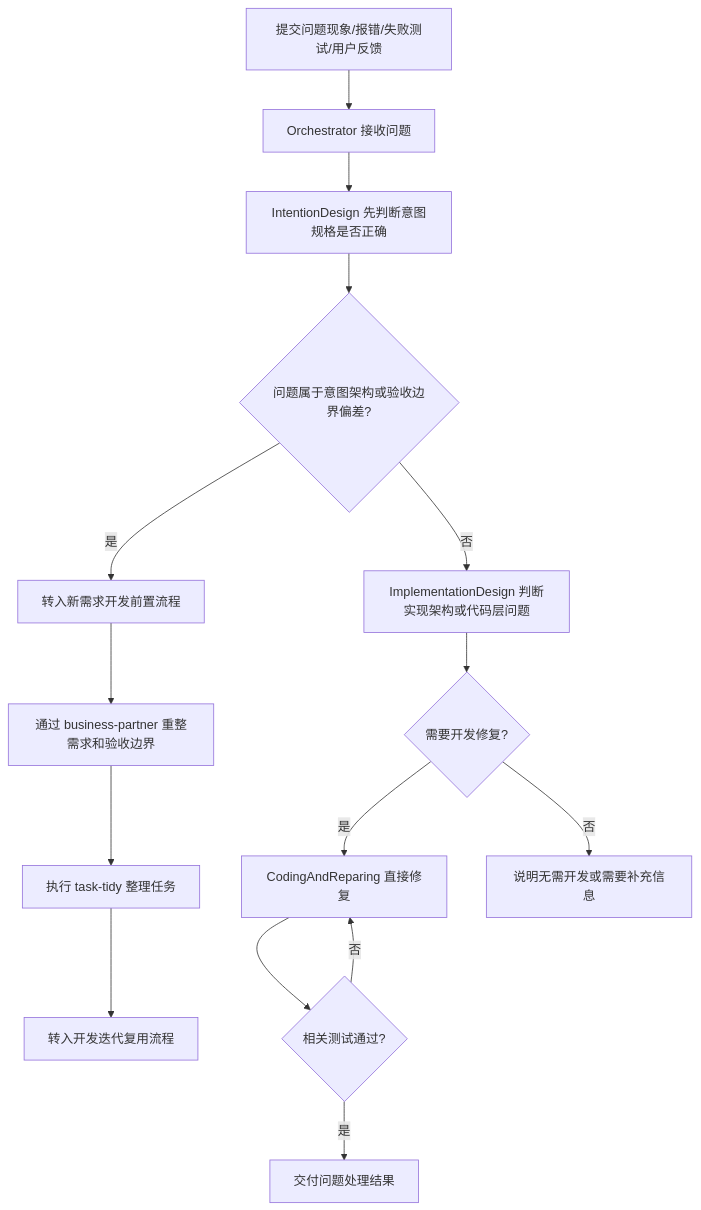
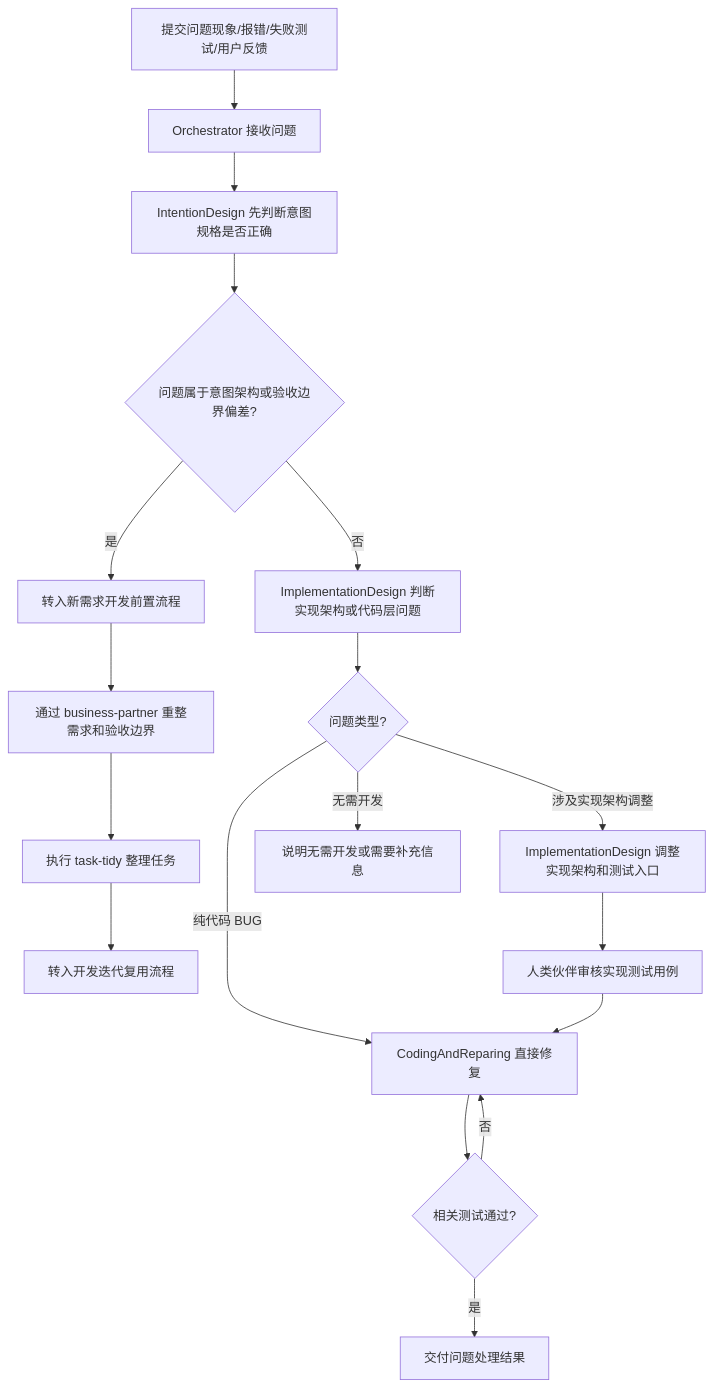
The third of 5 diagrams in README.md (derekhu0002/Argo), drawn with Mermaid before and after one commit. The commit also changed other lines of this file, not shown here.

````diff
--- a/README.md
+++ b/README.md
@@ -104,17 +104,20 @@
 ```mermaid
 flowchart TD
     A[提交问题现象/报错/失败测试/用户反馈] --> B[Orchestrator 接收问题]
     B --> C[IntentionDesign 先判断意图规格是否正确]
     C --> D{问题属于意图架构或验收边界偏差?}
     D -- 是 --> E[转入新需求开发前置流程]
     E --> F[通过 business-partner 重整需求和验收边界]
     F --> G[执行 task-tidy 整理任务]
     G --> P[转入开发迭代复用流程]
     D -- 否 --> H[ImplementationDesign 判断实现架构或代码层问题]
-    H --> I{需要开发修复?}
-    I -- 是 --> J[CodingAndReparing 直接修复]
-    J --> K{相关测试通过?}
-    K -- 否 --> J
-    K -- 是 --> L[交付问题处理结果]
-    I -- 否 --> O[说明无需开发或需要补充信息]
+    H --> I{问题类型?}
+    I -- 纯代码 BUG --> J[CodingAndReparing 直接修复]
+    I -- 涉及实现架构调整 --> K[ImplementationDesign 调整实现架构和测试入口]
+    K --> L[人类伙伴审核实现测试用例]
+    L --> J
+    J --> M{相关测试通过?}
+    M -- 否 --> J
+    M -- 是 --> N[交付问题处理结果]
+    I -- 无需开发 --> O[说明无需开发或需要补充信息]
 ```
````
